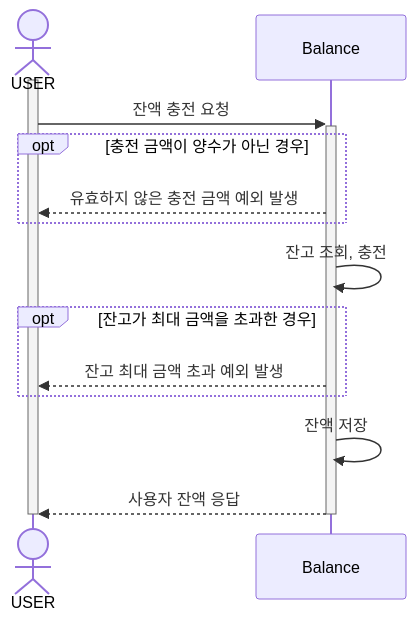
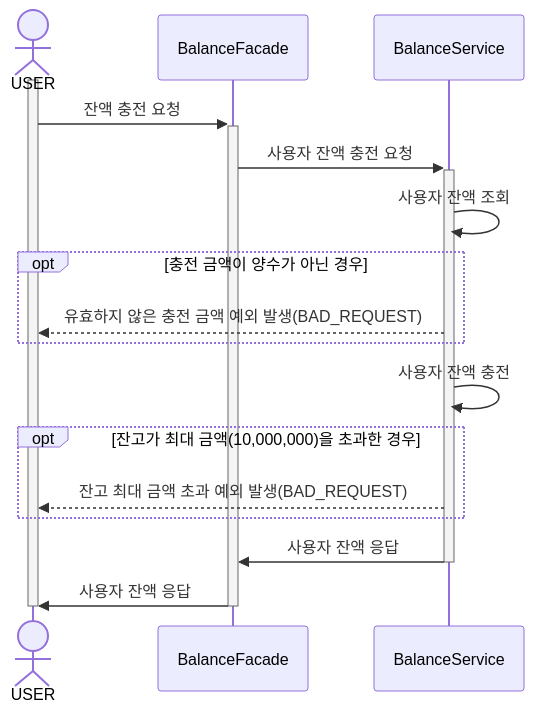
One commit to ch00kh/e-commerce-sercvice changed the first of 7 diagrams in docs/requirements-analysis/sequence-diagram.md. Above: the diagram before and after it, drawn with Mermaid. The commit also changed other lines of this file and 2 other files, not shown here.

Commit message:
docs: 문서 수정(balance, coupon)

````diff
--- a/docs/requirements-analysis/sequence-diagram.md
+++ b/docs/requirements-analysis/sequence-diagram.md
@@ -14,18 +14,21 @@
 ```mermaid
 sequenceDiagram
   actor USER
-  participant Balance
+  participant BalanceFacade
+  participant BalanceService
   
   activate USER
-  USER ->>+ Balance: 잔액 충전 요청
+  USER ->>+ BalanceFacade: 잔액 충전 요청
+  BalanceFacade ->>+ BalanceService: 사용자 잔액 충전 요청
+  BalanceService ->> BalanceService: 사용자 잔액 조회
   opt 충전 금액이 양수가 아닌 경우
-    Balance -->> USER: 유효하지 않은 충전 금액 예외 발생
+    BalanceService -->> USER: 유효하지 않은 충전 금액 예외 발생(BAD_REQUEST)
   end
-  Balance ->> Balance: 잔고 조회, 충전
-  opt 잔고가 최대 금액을 초과한 경우
-    Balance -->> USER: 잔고 최대 금액 초과 예외 발생
+  BalanceService ->> BalanceService: 사용자 잔액 충전
+  opt 잔고가 최대 금액(10,000,000)을 초과한 경우
+    BalanceService -->> USER: 잔고 최대 금액 초과 예외 발생(BAD_REQUEST)
   end
-  Balance ->> Balance: 잔액 저장
-  Balance -->>- USER: 사용자 잔액 응답
+  BalanceService ->>- BalanceFacade: 사용자 잔액 응답
+  BalanceFacade ->>- USER: 사용자 잔액 응답
   deactivate USER
 ```
````
